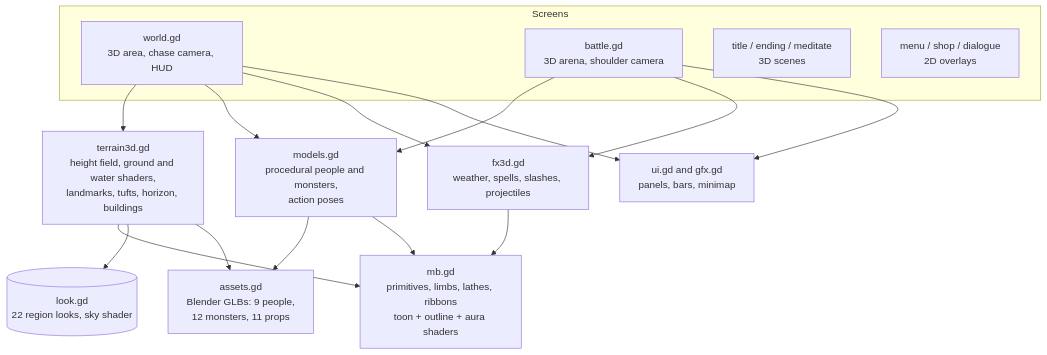
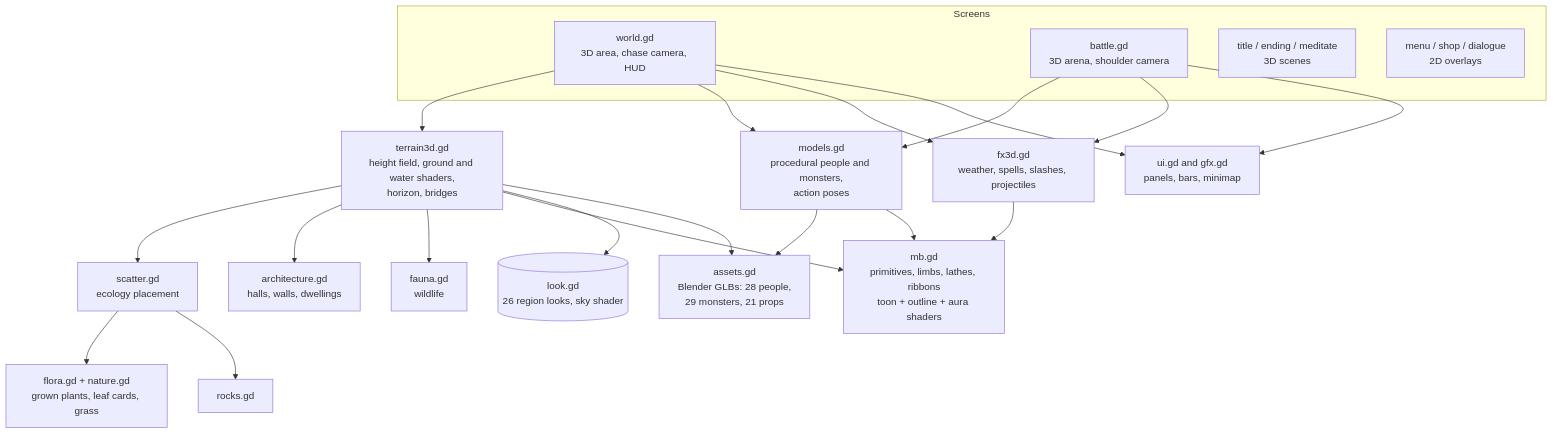
One commit to jgyy/timegox changed the seventh of 8 diagrams in README.md. Above: the diagram before and after it, drawn with Mermaid. The commit also changed other lines of this file and 193 other files, not shown here.

Commit message:
Natural landscapes, architecture, Blender monsters for every shape, clearer image, Part VI (+1 hour) (#6)

````diff
--- a/README.md
+++ b/README.md
@@ -280,22 +370,27 @@
 ```mermaid
 flowchart TD
     subgraph Screens
         W[world.gd<br/>3D area, chase camera, HUD]
         B[battle.gd<br/>3D arena, shoulder camera]
         T[title / ending / meditate<br/>3D scenes]
         M[menu / shop / dialogue<br/>2D overlays]
     end
-    W --> TER[terrain3d.gd<br/>height field, ground and water shaders,<br/>landmarks, tufts, horizon, buildings]
+    W --> TER[terrain3d.gd<br/>height field, ground and water shaders,<br/>horizon, bridges]
+    TER --> SC[scatter.gd<br/>ecology placement]
+    SC --> FL[flora.gd + nature.gd<br/>grown plants, leaf cards, grass]
+    SC --> RK[rocks.gd]
+    TER --> ARC[architecture.gd<br/>halls, walls, dwellings]
+    TER --> FA[fauna.gd<br/>wildlife]
     W --> MOD[models.gd<br/>procedural people and monsters,<br/>action poses]
-    MOD --> AS[assets.gd<br/>Blender GLBs: 9 people,<br/>12 monsters, 11 props]
+    MOD --> AS[assets.gd<br/>Blender GLBs: 28 people,<br/>29 monsters, 21 props]
     B --> MOD
     B --> FX[fx3d.gd<br/>weather, spells, slashes, projectiles]
     W --> FX
     TER --> MB[mb.gd<br/>primitives, limbs, lathes, ribbons<br/>toon + outline + aura shaders]
     MOD --> MB
     FX --> MB
-    TER --> LK[(look.gd<br/>22 region looks, sky shader)]
+    TER --> LK[(look.gd<br/>26 region looks, sky shader)]
     TER --> AS
     W --> UI[ui.gd and gfx.gd<br/>panels, bars, minimap]
     B --> UI
 ```
````
